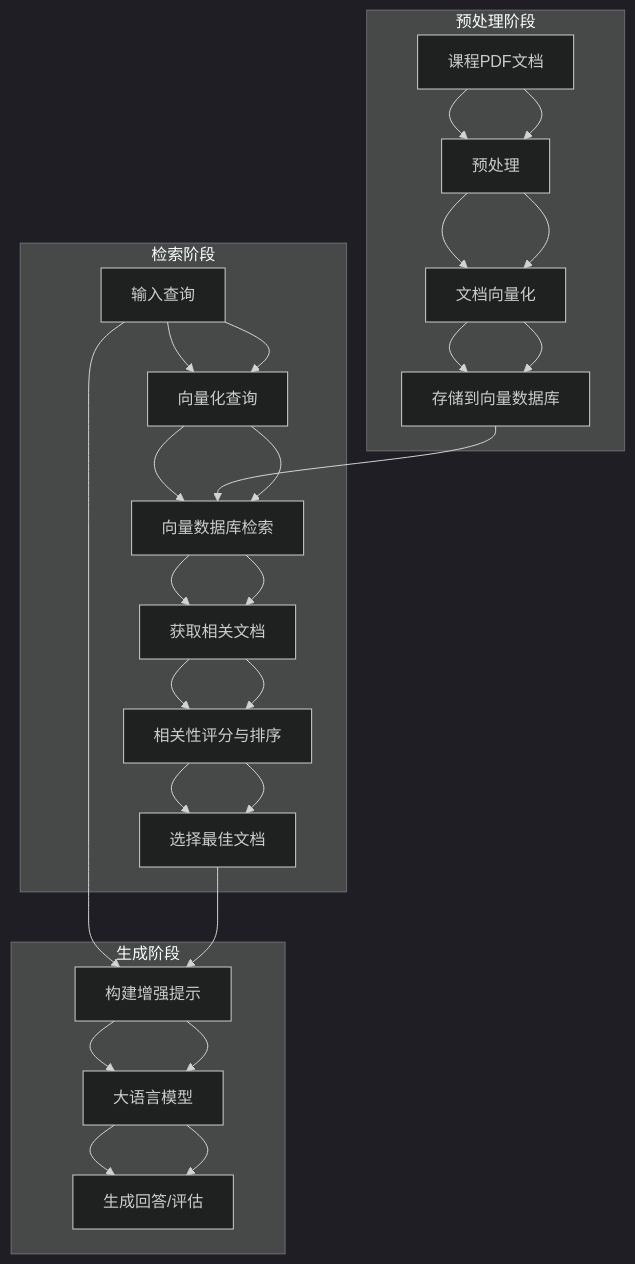
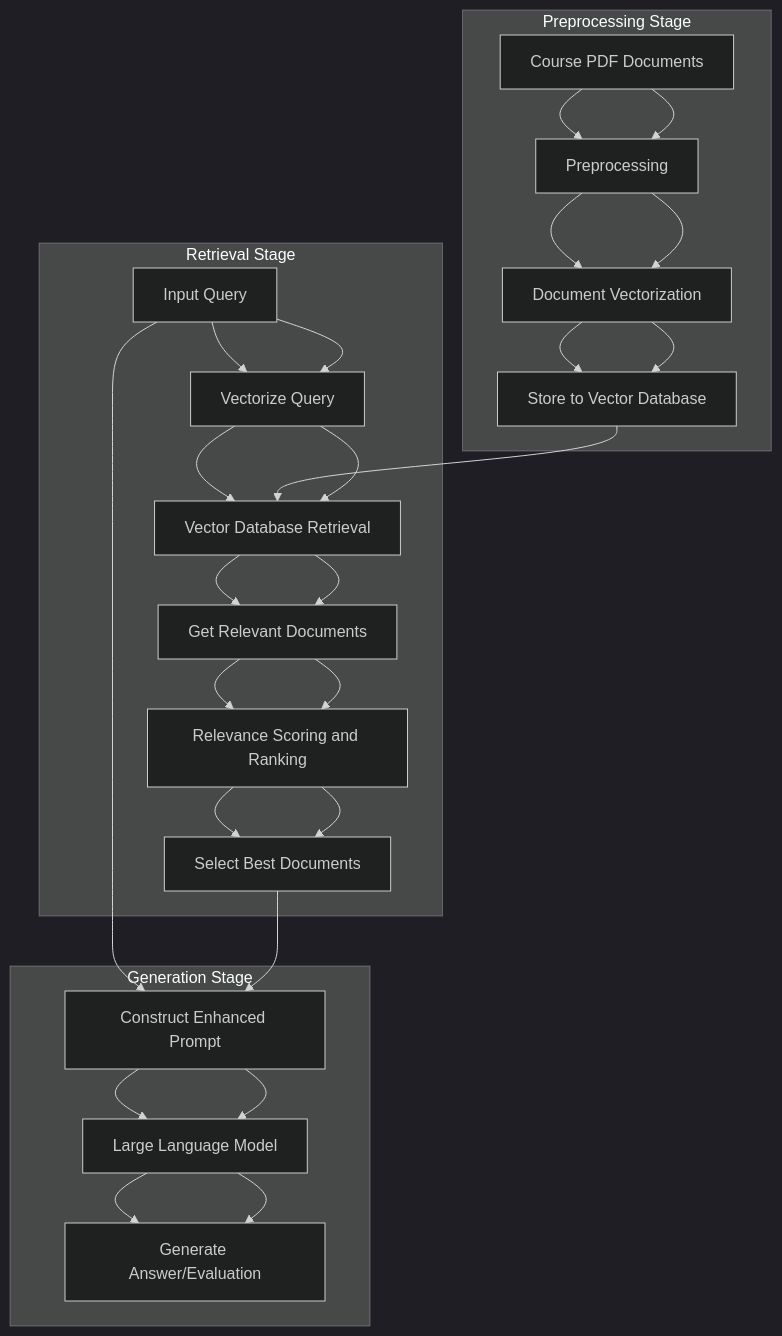
One commit to CHANHaochengZhang/chatexaminer changed the first of 4 diagrams in docs/RAG_Implementation.md. Above: the diagram before and after it, drawn with Mermaid (dark theme). The commit also changed other lines of this file and 13 other files, not shown here.

````diff
--- a/docs/RAG_Implementation.md
+++ b/docs/RAG_Implementation.md
@@ -21,28 +21,28 @@
 ```mermaid
 flowchart TD
-    A[输入查询] --> B[向量化查询]
-    B --> C[向量数据库检索]
-    D[课程PDF文档] --> E[预处理]
-    E --> F[文档向量化]
-    F --> G[存储到向量数据库]
+    A[Input Query] --> B[Vectorize Query]
+    B --> C[Vector Database Retrieval]
+    D[Course PDF Documents] --> E[Preprocessing]
+    E --> F[Document Vectorization]
+    F --> G[Store to Vector Database]
     G --> C
-    C --> H[获取相关文档]
-    H --> I[相关性评分与排序]
-    I --> J[选择最佳文档]
-    A --> K[构建增强提示]
+    C --> H[Get Relevant Documents]
+    H --> I[Relevance Scoring and Ranking]
+    I --> J[Select Best Documents]
+    A --> K[Construct Enhanced Prompt]
     J --> K
-    K --> L[大语言模型]
-    L --> M[生成回答/评估]
+    K --> L[Large Language Model]
+    L --> M[Generate Answer/Evaluation]
 
-    subgraph 预处理阶段
+    subgraph Preprocessing Stage
     D --> E --> F --> G
     end
 
-    subgraph 检索阶段
+    subgraph Retrieval Stage
     A --> B --> C --> H --> I --> J
     end
 
-    subgraph 生成阶段
+    subgraph Generation Stage
     K --> L --> M
     end
 ```
````
